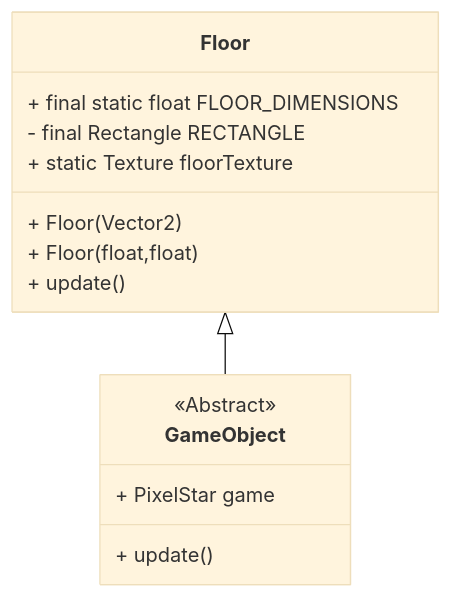
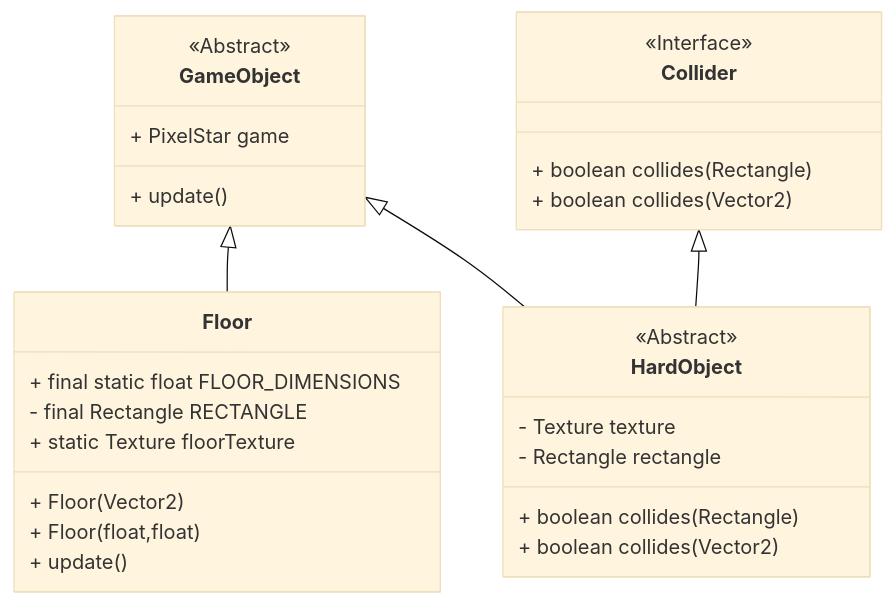
One commit to StrangeClone/PixelStars changed the diagram in core/src/com/pixelstar/gameobject/README.md. Above: the diagram before and after it, drawn with Mermaid (base theme). The commit also changed 2 other files, not shown here.

Commit message:
Commit 0.3 - Created classes Collider and HardObject

````diff
--- a/core/src/com/pixelstar/gameobject/README.md
+++ b/core/src/com/pixelstar/gameobject/README.md
@@ -6,17 +6,31 @@
 ```mermaid
 classDiagram
 class GameObject {
     <<Abstract>>
     + PixelStar game
     + update()
 }
 class Floor {
     + final static float FLOOR_DIMENSIONS
     - final Rectangle RECTANGLE
     + static Texture floorTexture
     + Floor(Vector2)
     + Floor(float,float)
     + update()
 }
-Floor <|-- GameObject
+GameObject <|-- Floor
+class Collider {
+    <<Interface>>
+    + boolean collides(Rectangle)
+    + boolean collides(Vector2)
+}
+class HardObject {
+    <<Abstract>>
+    - Texture texture
+    - Rectangle rectangle
+    + boolean collides(Rectangle)
+    + boolean collides(Vector2)
+}
+GameObject <|-- HardObject
+Collider <|-- HardObject
 ```
````
